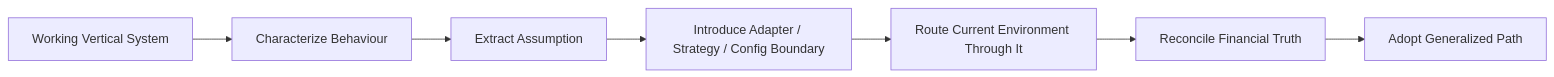
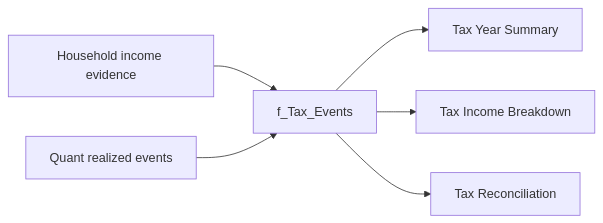
Before and after one commit to tks18/personal-finance-etl: the eighth of 12 diagrams in docs/about/project.md, drawn with Mermaid. The commit also changed other lines of this file, not shown here.

````diff
--- a/docs/about/project.md
+++ b/docs/about/project.md
@@ -271,9 +292,8 @@
 ```mermaid
 flowchart LR
-    PROD["Working Vertical System"] --> CHAR["Characterize Behaviour"]
-    CHAR --> EXTRACT["Extract Assumption"]
-    EXTRACT --> BOUND["Introduce Adapter / Strategy / Config Boundary"]
-    BOUND --> ROUTE["Route Current Environment Through It"]
-    ROUTE --> REC["Reconcile Financial Truth"]
-    REC --> GEN["Adopt Generalized Path"]
+    LEDGER["Household income evidence"] --> TAX["f_Tax_Events"]
+    QUANT["Quant realized events"] --> TAX
+    TAX --> Y["Tax Year Summary"]
+    TAX --> B["Tax Income Breakdown"]
+    TAX --> R["Tax Reconciliation"]
 ```
````
